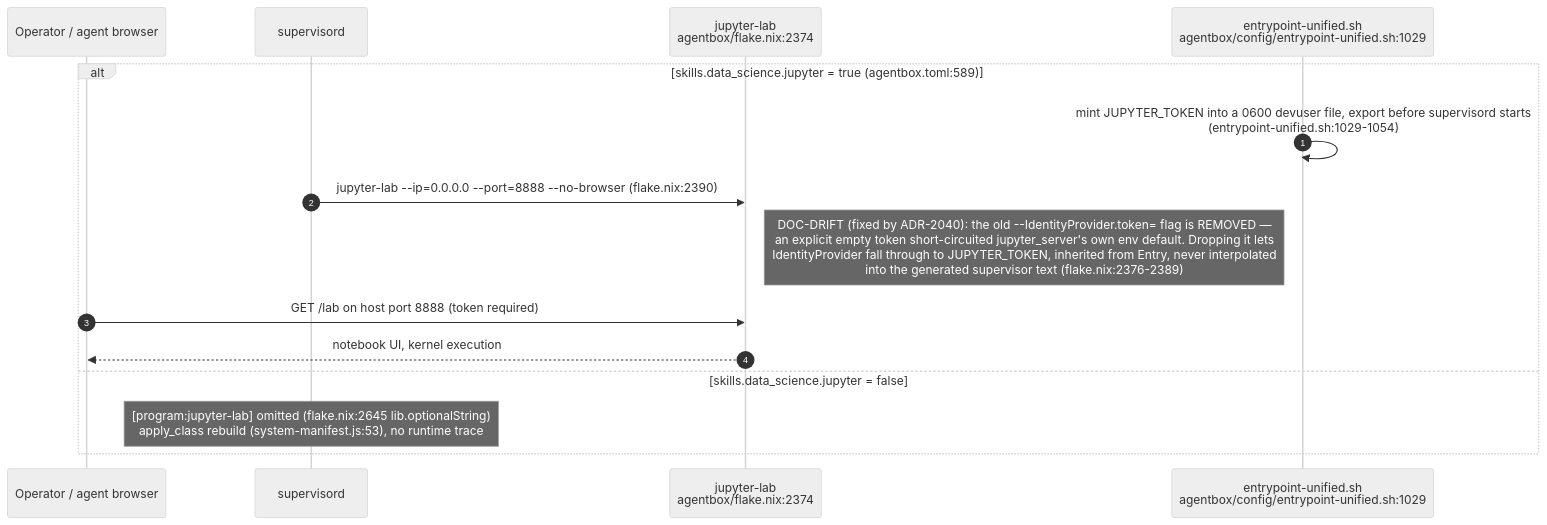
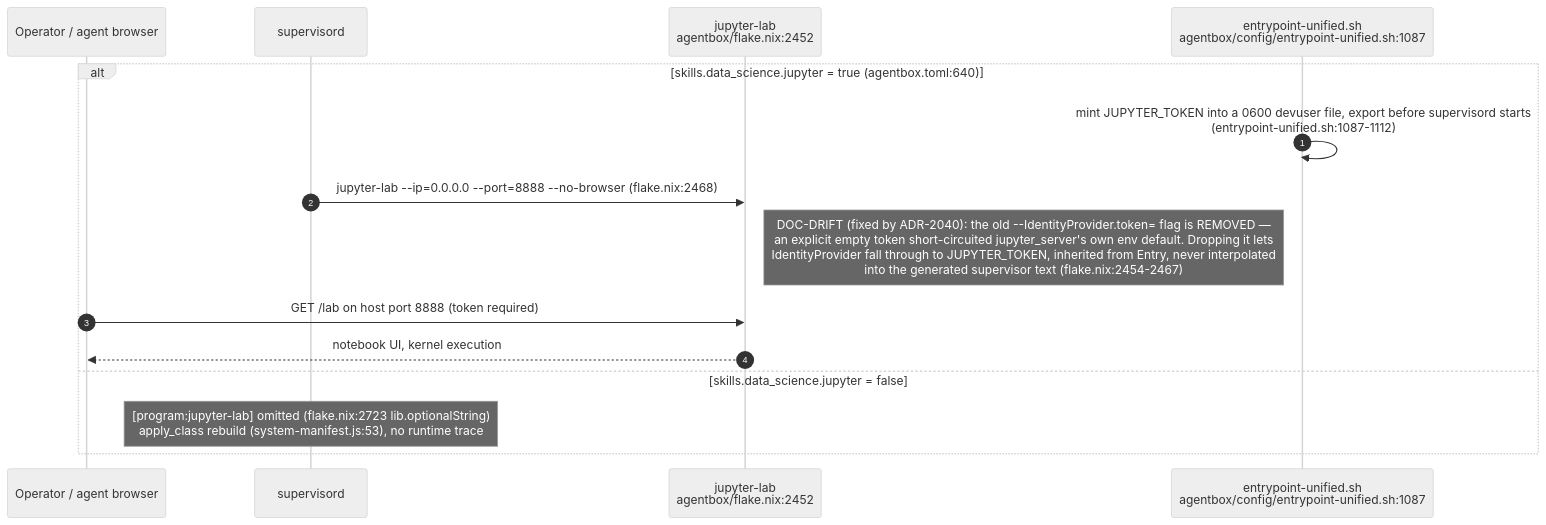
Before and after one commit to DreamLab-AI/VisionFlow: the fifth of 14 diagrams in docs/diagrams/agentbox/27-media-gpu-capability-services.md, drawn with Mermaid (neutral theme). The commit also changed other lines of this file and 160 other files, not shown here.

````diff
--- a/docs/diagrams/agentbox/27-media-gpu-capability-services.md
+++ b/docs/diagrams/agentbox/27-media-gpu-capability-services.md
@@ -185,18 +189,18 @@
 ```mermaid
 sequenceDiagram
     autonumber
     participant Op as Operator / agent browser
     participant Sup as supervisord
-    participant Lab as jupyter-lab<br/>agentbox/flake.nix:2374
-    participant Entry as entrypoint-unified.sh<br/>agentbox/config/entrypoint-unified.sh:1029
+    participant Lab as jupyter-lab<br/>agentbox/flake.nix:2452
+    participant Entry as entrypoint-unified.sh<br/>agentbox/config/entrypoint-unified.sh:1087
 
-    alt skills.data_science.jupyter = true (agentbox.toml:589)
-        Entry->>Entry: mint JUPYTER_TOKEN into a 0600 devuser file, export before supervisord starts<br/>(entrypoint-unified.sh:1029-1054)
-        Sup->>Lab: jupyter-lab --ip=0.0.0.0 --port=8888 --no-browser (flake.nix:2390)
-        Note right of Lab: DOC-DRIFT (fixed by ADR-2040): the old --IdentityProvider.token= flag is REMOVED —<br/>an explicit empty token short-circuited jupyter_server's own env default. Dropping it lets<br/>IdentityProvider fall through to JUPYTER_TOKEN, inherited from Entry, never interpolated<br/>into the generated supervisor text (flake.nix:2376-2389)
+    alt skills.data_science.jupyter = true (agentbox.toml:640)
+        Entry->>Entry: mint JUPYTER_TOKEN into a 0600 devuser file, export before supervisord starts<br/>(entrypoint-unified.sh:1087-1112)
+        Sup->>Lab: jupyter-lab --ip=0.0.0.0 --port=8888 --no-browser (flake.nix:2468)
+        Note right of Lab: DOC-DRIFT (fixed by ADR-2040): the old --IdentityProvider.token= flag is REMOVED —<br/>an explicit empty token short-circuited jupyter_server's own env default. Dropping it lets<br/>IdentityProvider fall through to JUPYTER_TOKEN, inherited from Entry, never interpolated<br/>into the generated supervisor text (flake.nix:2454-2467)
         Op->>Lab: GET /lab on host port 8888 (token required)
         Lab-->>Op: notebook UI, kernel execution
     else skills.data_science.jupyter = false
-        Note over Sup: [program:jupyter-lab] omitted (flake.nix:2645 lib.optionalString)<br/>apply_class rebuild (system-manifest.js:53), no runtime trace
+        Note over Sup: [program:jupyter-lab] omitted (flake.nix:2723 lib.optionalString)<br/>apply_class rebuild (system-manifest.js:53), no runtime trace
     end
 ```
````
